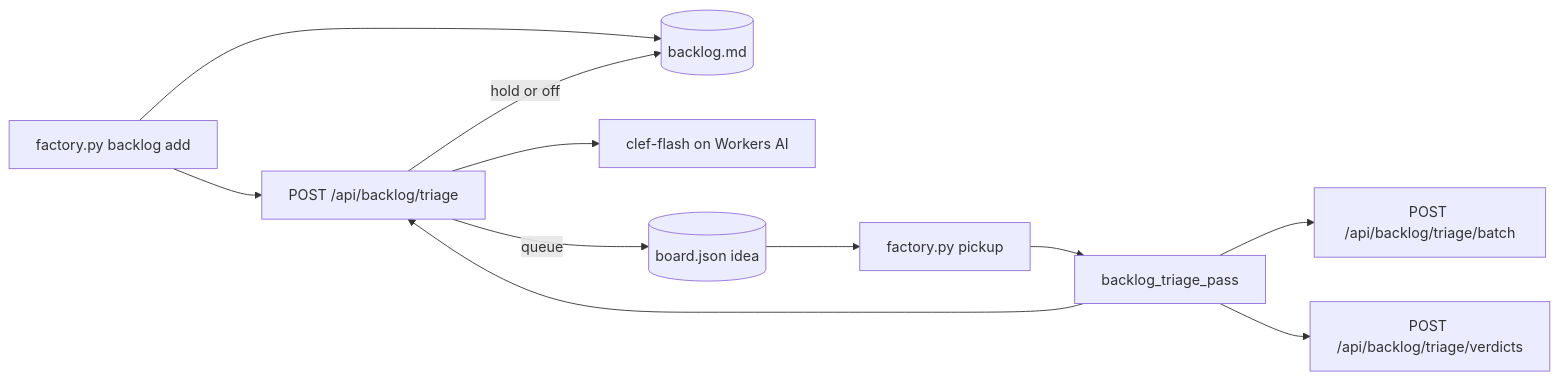
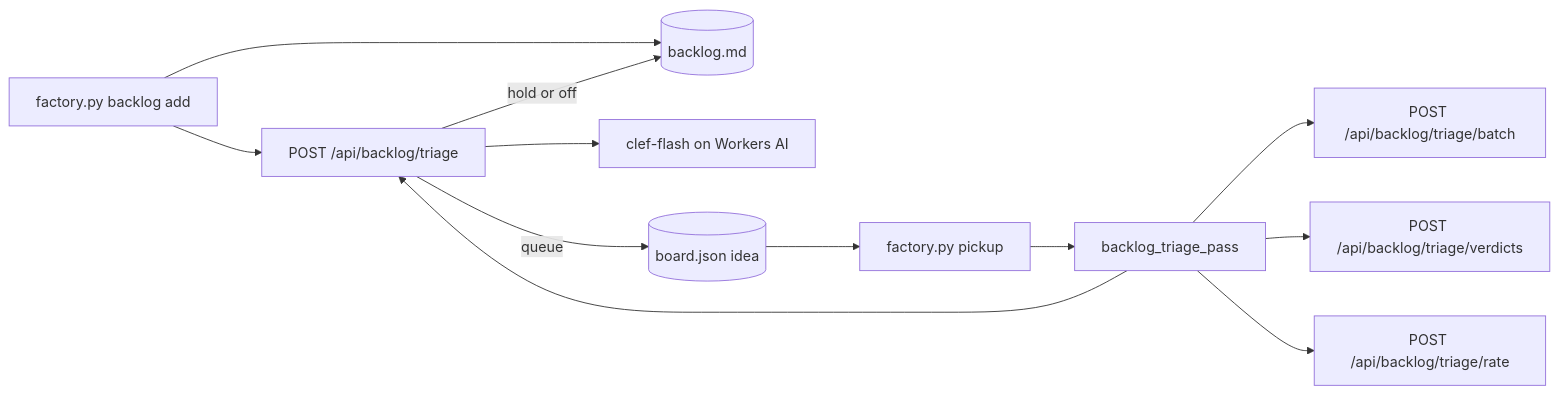
The fourth of 5 diagrams in docs/autonomy.md (superhussain/factory), drawn with Mermaid before and after one commit. The commit also changed other lines of this file, not shown here.

Commit message:
Document the triage rate route and replay --rules-file

````diff
--- a/docs/autonomy.md
+++ b/docs/autonomy.md
@@ -405,13 +405,14 @@
 ```mermaid
 flowchart LR
   A[factory.py backlog add] --> B[(backlog.md)]
   A --> W[POST /api/backlog/triage]
   W --> M[clef-flash on Workers AI]
   W -->|queue| I[(board.json idea)]
   W -->|hold or off| B
   I --> P[factory.py pickup]
   P[factory.py pickup] --> S[backlog_triage_pass]
   S --> W
   S --> X[POST /api/backlog/triage/batch]
   S --> V[POST /api/backlog/triage/verdicts]
+  S --> RT[POST /api/backlog/triage/rate]
 ```
````
